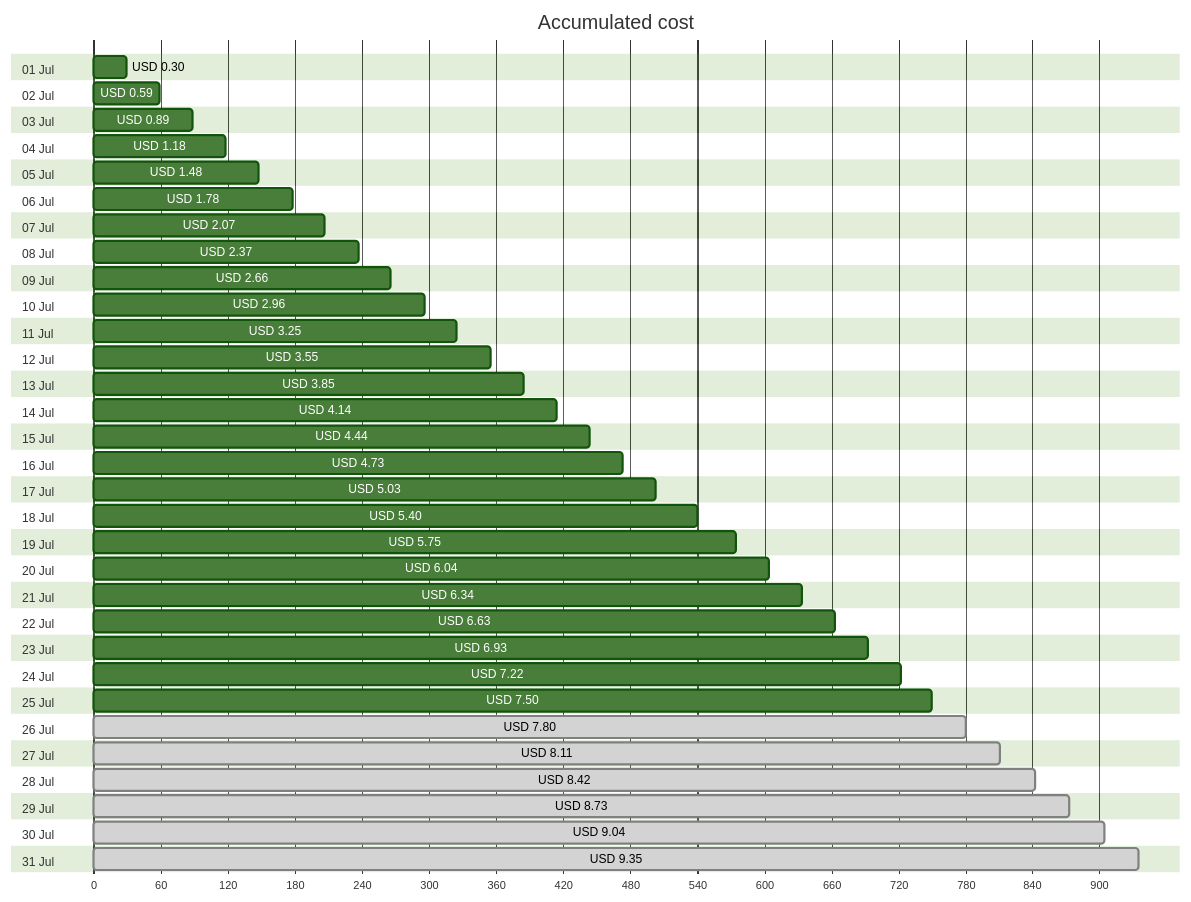
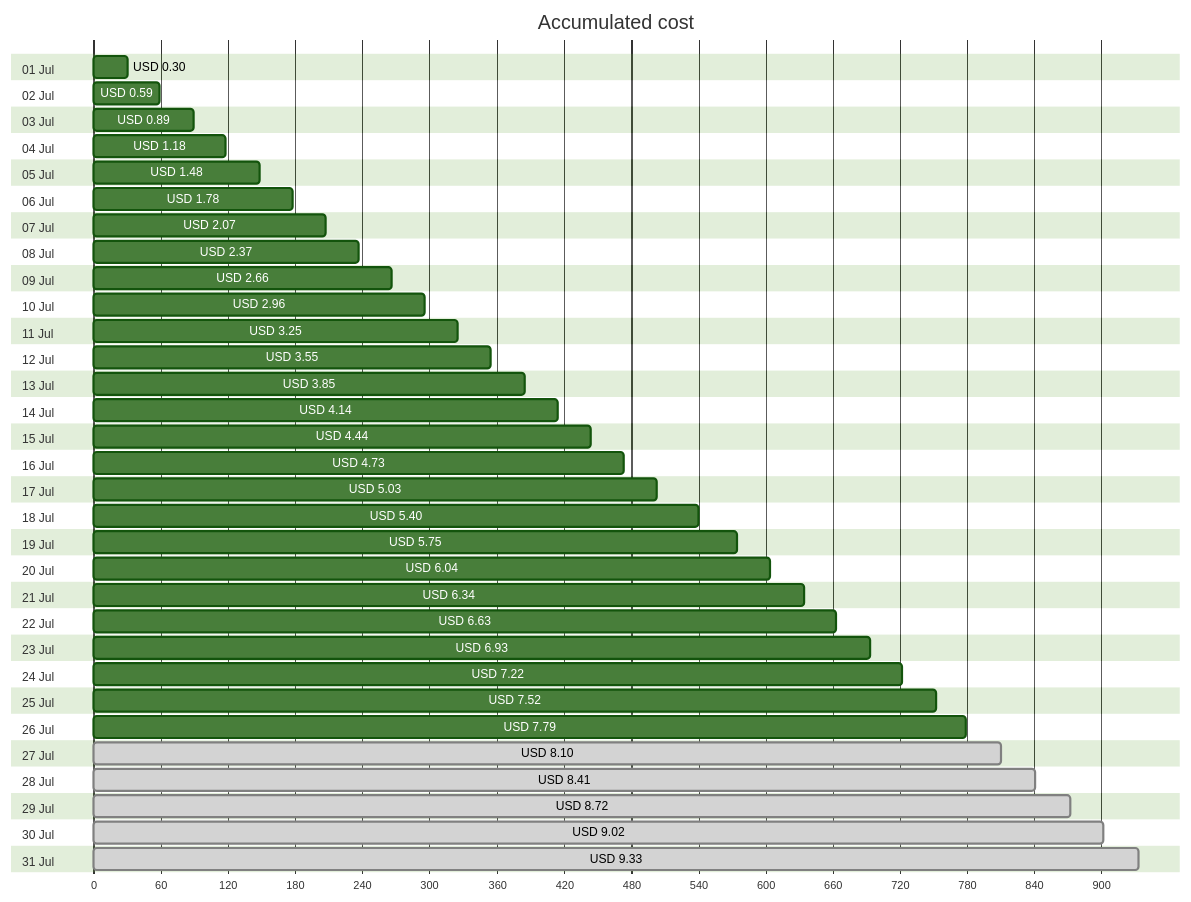
One commit to jpfulton/azure-personal-reports changed the first of 4 diagrams in cost-reports/personal-site/personal-site-preview.md. Above: the diagram before and after it, drawn with Mermaid (forest theme). The commit also changed other lines of this file and 6 other files, not shown here.

````diff
--- a/cost-reports/personal-site/personal-site-preview.md
+++ b/cost-reports/personal-site/personal-site-preview.md
@@ -20,68 +20,68 @@
 ```mermaid
 gantt
    title Accumulated cost
    dateFormat  X
    axisFormat %s
    section 01 Jul
    USD 0.30 :0, 30
    section 02 Jul
    USD 0.59 :0, 59
    section 03 Jul
    USD 0.89 :0, 89
    section 04 Jul
    USD 1.18 :0, 118
    section 05 Jul
    USD 1.48 :0, 148
    section 06 Jul
    USD 1.78 :0, 178
    section 07 Jul
    USD 2.07 :0, 207
    section 08 Jul
    USD 2.37 :0, 237
    section 09 Jul
    USD 2.66 :0, 266
    section 10 Jul
    USD 2.96 :0, 296
    section 11 Jul
    USD 3.25 :0, 325
    section 12 Jul
    USD 3.55 :0, 355
    section 13 Jul
    USD 3.85 :0, 385
    section 14 Jul
    USD 4.14 :0, 414
    section 15 Jul
    USD 4.44 :0, 444
    section 16 Jul
    USD 4.73 :0, 473
    section 17 Jul
    USD 5.03 :0, 503
    section 18 Jul
    USD 5.40 :0, 540
    section 19 Jul
    USD 5.75 :0, 575
    section 20 Jul
    USD 6.04 :0, 604
    section 21 Jul
    USD 6.34 :0, 634
    section 22 Jul
    USD 6.63 :0, 663
    section 23 Jul
    USD 6.93 :0, 693
    section 24 Jul
    USD 7.22 :0, 722
    section 25 Jul
-   USD 7.50 :0, 750
+   USD 7.52 :0, 752
    section 26 Jul
-   USD 7.80 : done, 0, 780
+   USD 7.79 :0, 779
    section 27 Jul
-   USD 8.11 : done, 0, 811
+   USD 8.10 : done, 0, 810
    section 28 Jul
-   USD 8.42 : done, 0, 842
+   USD 8.41 : done, 0, 841
    section 29 Jul
-   USD 8.73 : done, 0, 873
+   USD 8.72 : done, 0, 872
    section 30 Jul
-   USD 9.04 : done, 0, 904
+   USD 9.02 : done, 0, 902
    section 31 Jul
-   USD 9.35 : done, 0, 935
+   USD 9.33 : done, 0, 933
 ```
````
